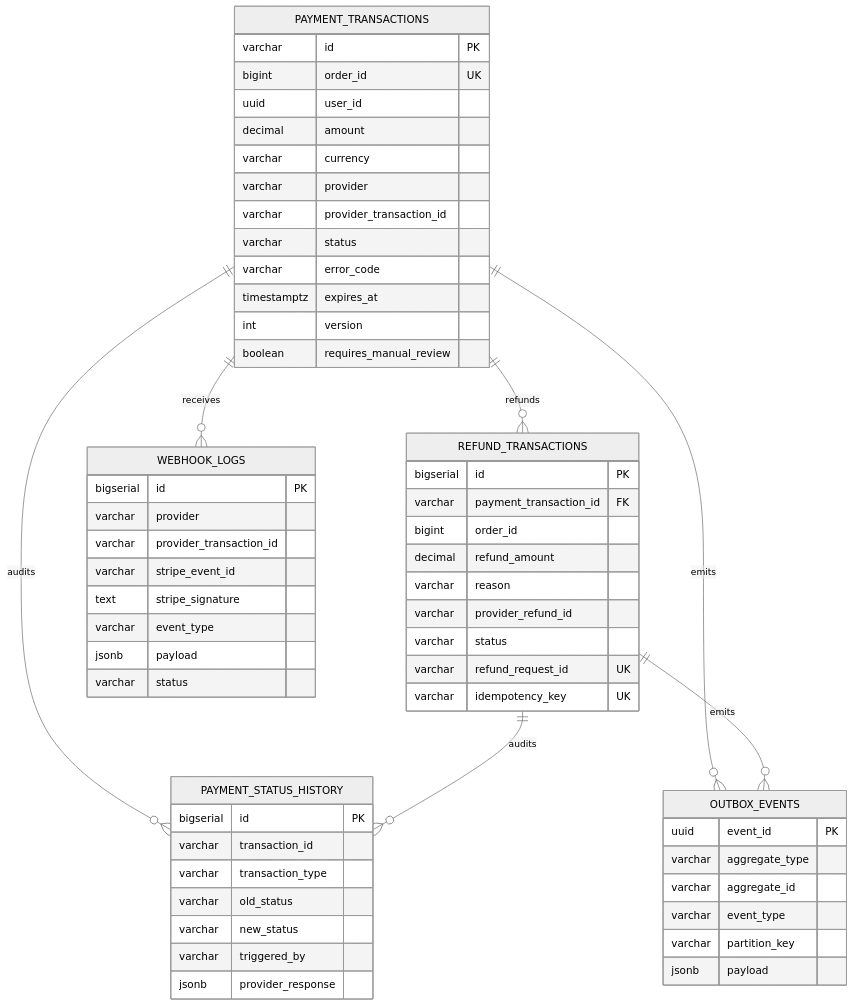
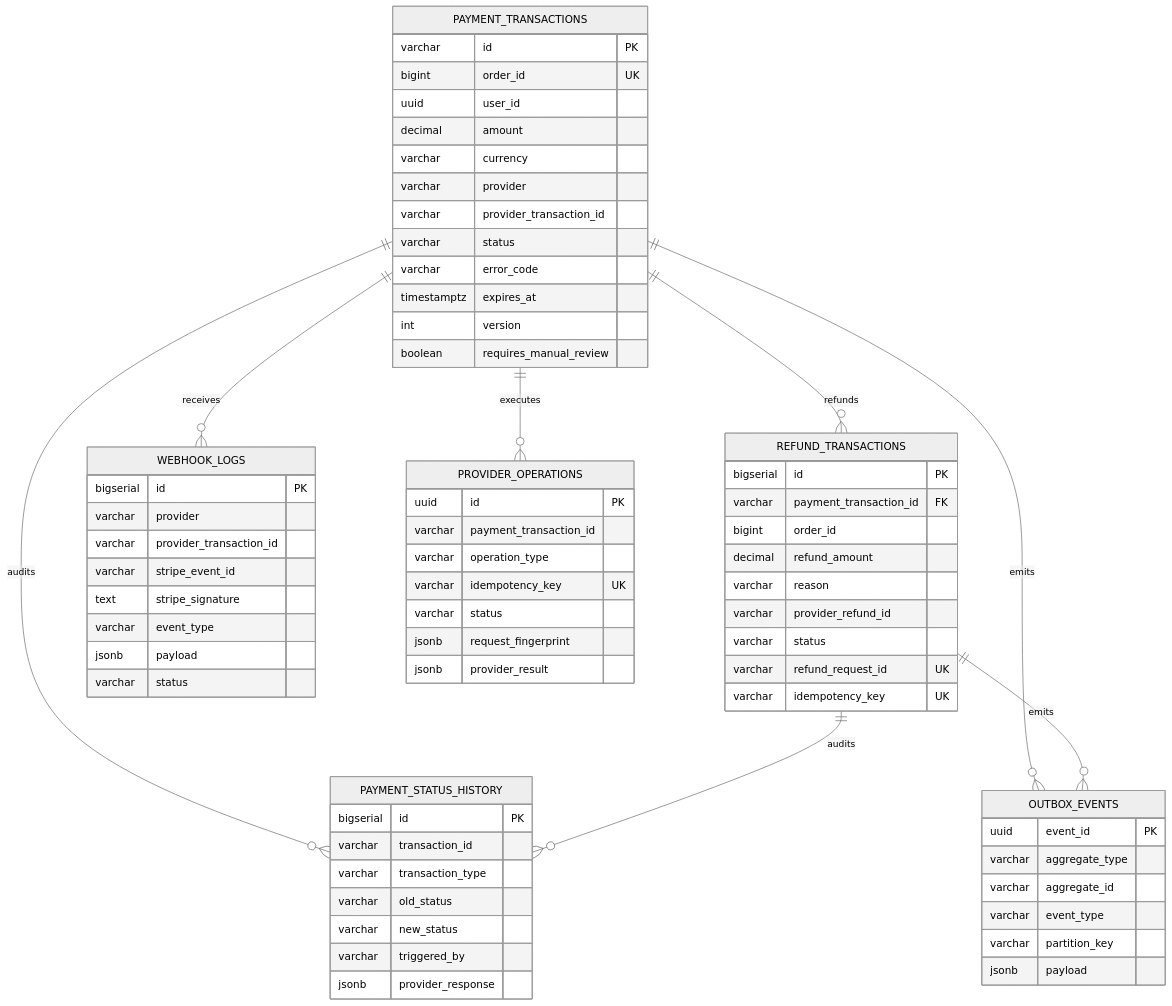
Before and after one commit to quangdung2110/e-commerce-microservices: the diagram in docs/payment/data.md, drawn with Mermaid (neutral theme). The commit also changed other lines of this file and 9 other files, not shown here.

````diff
--- a/docs/payment/data.md
+++ b/docs/payment/data.md
@@ -38,62 +39,72 @@
 ```mermaid
 erDiagram
     PAYMENT_TRANSACTIONS ||--o{ REFUND_TRANSACTIONS : refunds
     PAYMENT_TRANSACTIONS ||--o{ WEBHOOK_LOGS : receives
     PAYMENT_TRANSACTIONS ||--o{ PAYMENT_STATUS_HISTORY : audits
     REFUND_TRANSACTIONS ||--o{ PAYMENT_STATUS_HISTORY : audits
     PAYMENT_TRANSACTIONS ||--o{ OUTBOX_EVENTS : emits
     REFUND_TRANSACTIONS ||--o{ OUTBOX_EVENTS : emits
+    PAYMENT_TRANSACTIONS ||--o{ PROVIDER_OPERATIONS : executes
 
     PAYMENT_TRANSACTIONS {
       varchar id PK
       bigint order_id UK
       uuid user_id
       decimal amount
       varchar currency
       varchar provider
       varchar provider_transaction_id
       varchar status
       varchar error_code
       timestamptz expires_at
       int version
       boolean requires_manual_review
     }
     REFUND_TRANSACTIONS {
       bigserial id PK
       varchar payment_transaction_id FK
       bigint order_id
       decimal refund_amount
       varchar reason
       varchar provider_refund_id
       varchar status
       varchar refund_request_id UK
       varchar idempotency_key UK
     }
     WEBHOOK_LOGS {
       bigserial id PK
       varchar provider
       varchar provider_transaction_id
       varchar stripe_event_id
       text stripe_signature
       varchar event_type
       jsonb payload
       varchar status
     }
     PAYMENT_STATUS_HISTORY {
       bigserial id PK
       varchar transaction_id
       varchar transaction_type
       varchar old_status
       varchar new_status
       varchar triggered_by
       jsonb provider_response
     }
     OUTBOX_EVENTS {
       uuid event_id PK
       varchar aggregate_type
       varchar aggregate_id
       varchar event_type
       varchar partition_key
       jsonb payload
     }
+    PROVIDER_OPERATIONS {
+      uuid id PK
+      varchar payment_transaction_id
+      varchar operation_type
+      varchar idempotency_key UK
+      varchar status
+      jsonb request_fingerprint
+      jsonb provider_result
+    }
 ```
````
